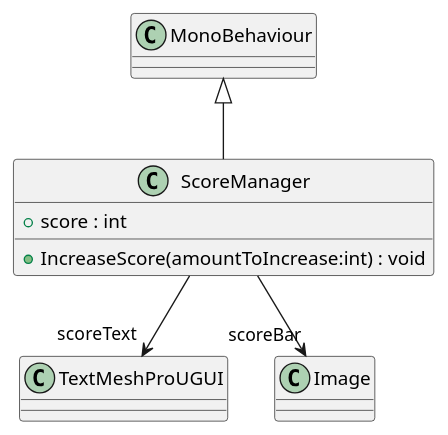
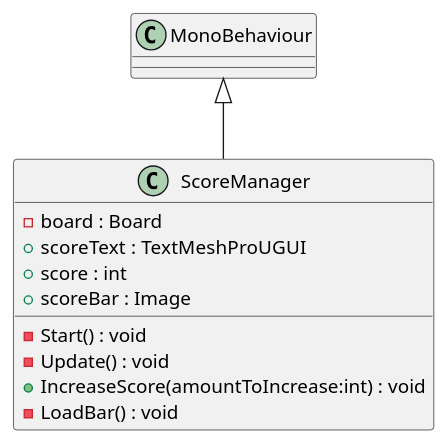
The diagram in PlantUML/ScoreManager.puml (stackTsi/CandyCrushClone), drawn with PlantUML before and after one commit. The commit also changed 15 other files, not shown here.

Commit message:
Update PlantUML

```diff
--- a/PlantUML/ScoreManager.puml
+++ b/PlantUML/ScoreManager.puml
@@ -1,9 +1,13 @@
 @startuml
 class ScoreManager {
+    - board : Board
+    + scoreText : TextMeshProUGUI
     + score : int
+    + scoreBar : Image
+    - Start() : void
+    - Update() : void
     + IncreaseScore(amountToIncrease:int) : void
+    - LoadBar() : void
 }
 MonoBehaviour <|-- ScoreManager
-ScoreManager --> "scoreText" TextMeshProUGUI
-ScoreManager --> "scoreBar" Image
 @enduml
```
